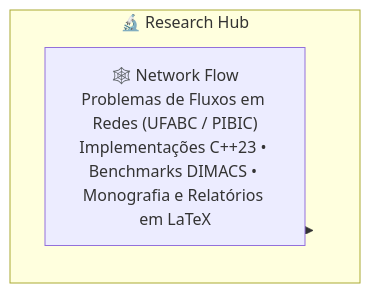
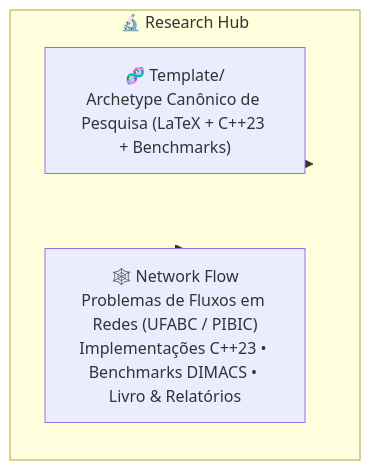
The diagram in README.md (GabrielFrigo4/research), drawn with Mermaid before and after one commit. The commit also changed other lines of this file and 5 other files, not shown here.

````diff
--- a/README.md
+++ b/README.md
@@ -23,9 +23,11 @@
 ```mermaid
 flowchart TD
     subgraph RH ["🔬 Research Hub"]
         direction TB
-        NF["🕸️ Network Flow<br/>Problemas de Fluxos em Redes (UFABC / PIBIC)<br/>Implementações C++23 • Benchmarks DIMACS • Monografia e Relatórios em LaTeX"]
+        TPL["🧬 Template/<br/>Archetype Canônico de Pesquisa (LaTeX + C++23 + Benchmarks)"]
+        NF["🕸️ Network Flow<br/>Problemas de Fluxos em Redes (UFABC / PIBIC)<br/>Implementações C++23 • Benchmarks DIMACS • Livro & Relatórios"]
     end
 
+    RH --> TPL
     RH --> NF
 ```
````
